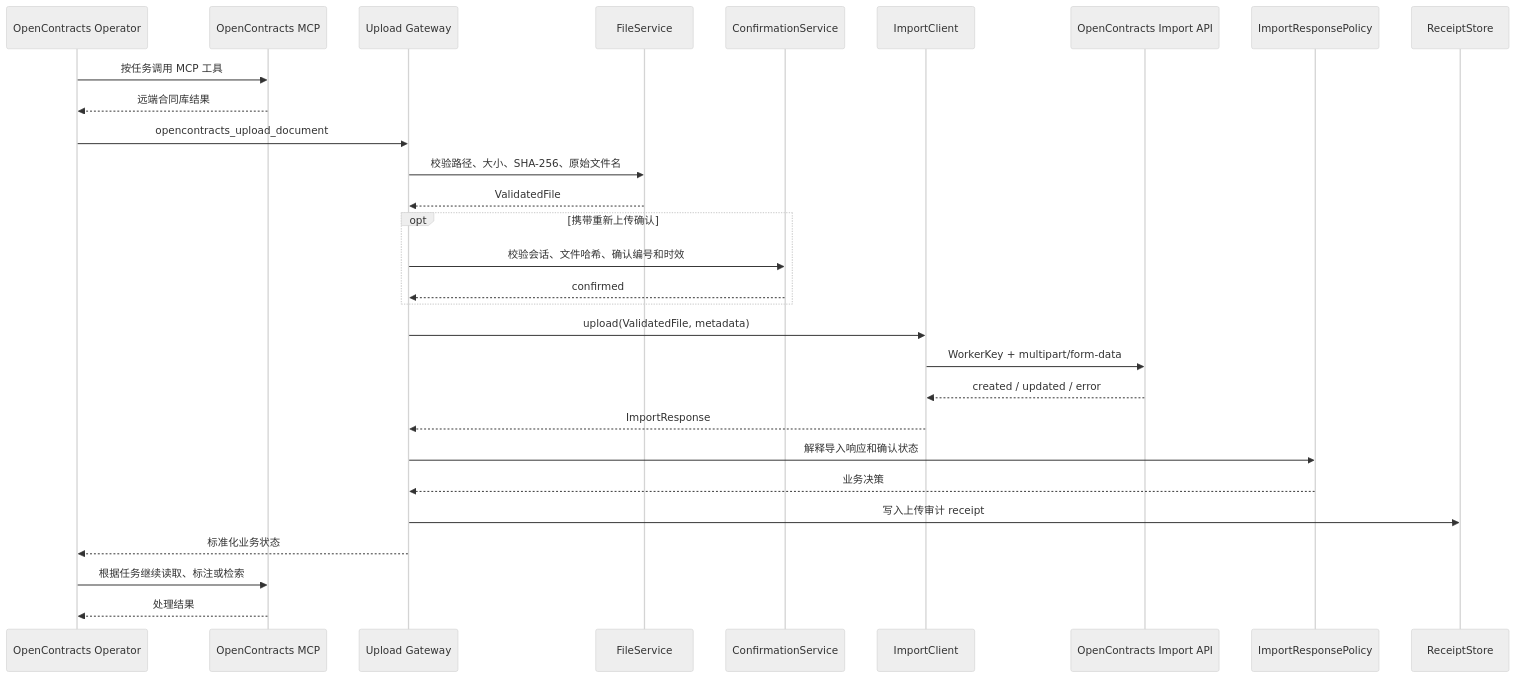
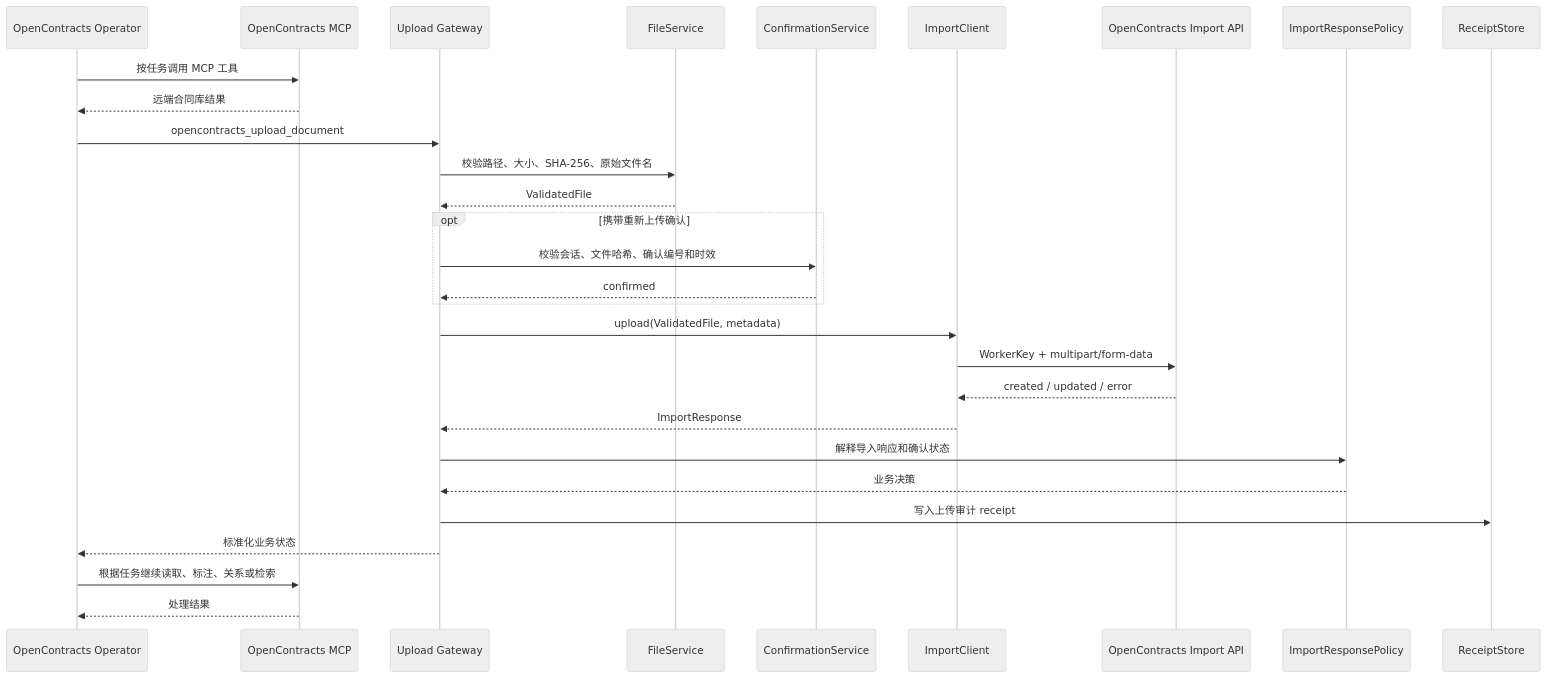
Before and after one commit to Ri0n72Y/ContractBotConfig: the second of 3 diagrams in plugins/astrbot_plugin_opencontracts_gateway/README.md, drawn with Mermaid (neutral theme). The commit also changed other lines of this file, not shown here.

````diff
--- a/plugins/astrbot_plugin_opencontracts_gateway/README.md
+++ b/plugins/astrbot_plugin_opencontracts_gateway/README.md
@@ -49,32 +49,32 @@
 ```mermaid
 sequenceDiagram
     participant O as OpenContracts Operator
     participant M as OpenContracts MCP
     participant G as Upload Gateway
     participant V as FileService
     participant C as ConfirmationService
     participant I as ImportClient
     participant API as OpenContracts Import API
     participant P as ImportResponsePolicy
     participant R as ReceiptStore
 
     O->>M: 按任务调用 MCP 工具
     M-->>O: 远端合同库结果
     O->>G: opencontracts_upload_document
     G->>V: 校验路径、大小、SHA-256、原始文件名
     V-->>G: ValidatedFile
     opt 携带重新上传确认
         G->>C: 校验会话、文件哈希、确认编号和时效
         C-->>G: confirmed
     end
     G->>I: upload(ValidatedFile, metadata)
     I->>API: WorkerKey + multipart/form-data
     API-->>I: created / updated / error
     I-->>G: ImportResponse
     G->>P: 解释导入响应和确认状态
     P-->>G: 业务决策
     G->>R: 写入上传审计 receipt
     G-->>O: 标准化业务状态
-    O->>M: 根据任务继续读取、标注或检索
+    O->>M: 根据任务继续读取、标注、关系或检索
     M-->>O: 处理结果
 ```
````
